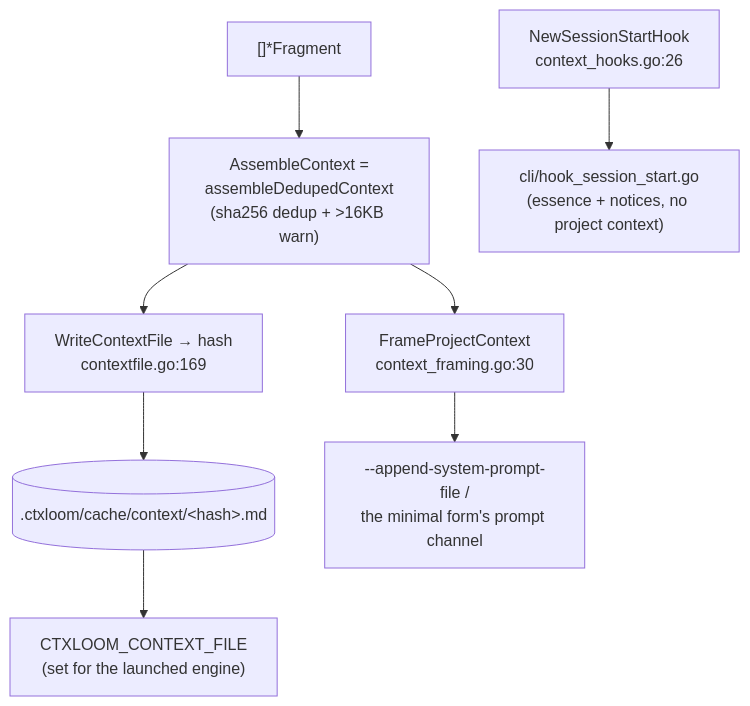
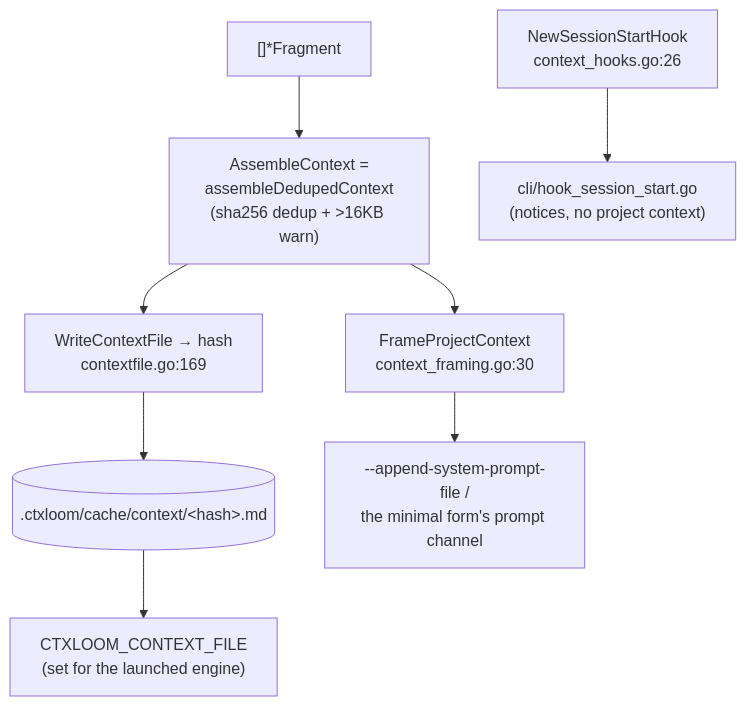
The diagram in docs/architecture/shared/agent-context-delivery.md (ctxloom/ctxloom), drawn with Mermaid before and after one commit. The commit also changed other lines of this file and 55 other files, not shown here.

First line of the commit message:
docs: session compaction removed — release notes, guides, architecture

````diff
--- a/docs/architecture/shared/agent-context-delivery.md
+++ b/docs/architecture/shared/agent-context-delivery.md
@@ -5,10 +5,10 @@
 ```mermaid
 flowchart TD
     F["[]*Fragment"] --> ADC["AssembleContext =<br/>assembleDedupedContext<br/>(sha256 dedup + >16KB warn)"]
     ADC --> WCF["WriteContextFile → hash<br/>contextfile.go:169"]
     WCF --> FILE[(".ctxloom/cache/context/&lt;hash&gt;.md")]
     FILE --> ENV["CTXLOOM_CONTEXT_FILE<br/>(set for the launched engine)"]
     ADC --> FPC["FrameProjectContext<br/>context_framing.go:30"]
     FPC --> SP["--append-system-prompt-file /<br/>the minimal form's prompt channel"]
-    SSH["NewSessionStartHook<br/>context_hooks.go:26"] --> SS["cli/hook_session_start.go<br/>(essence + notices, no project context)"]
+    SSH["NewSessionStartHook<br/>context_hooks.go:26"] --> SS["cli/hook_session_start.go<br/>(notices, no project context)"]
 ```
````
